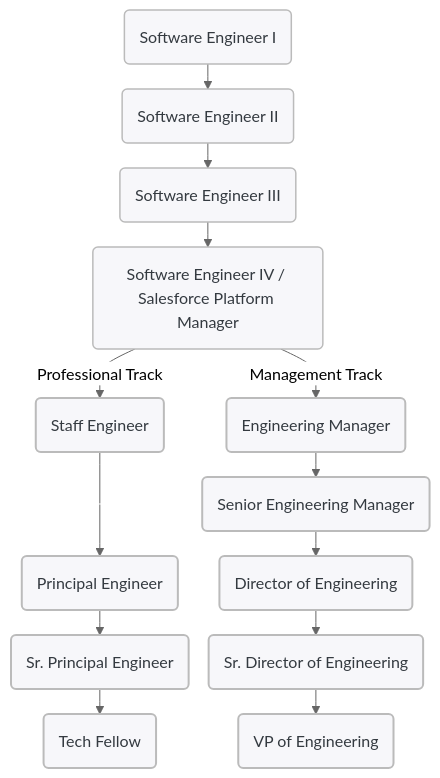
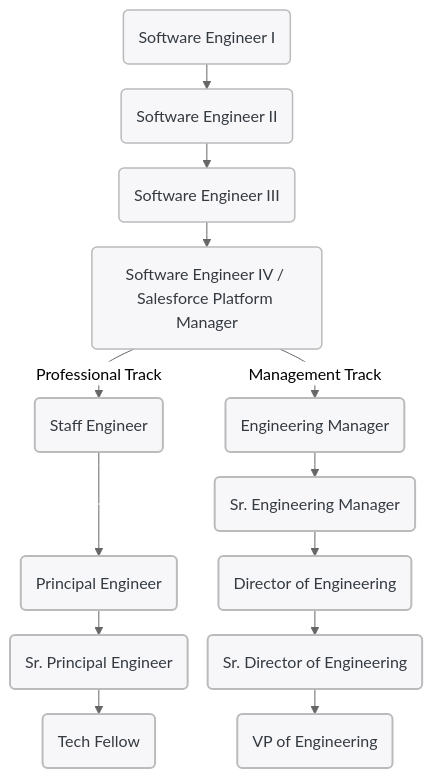
One commit to invitation-homes/career-progression-framework changed the diagram in index.md. Above: the diagram before and after it, drawn with Mermaid. The commit also changed 2 other files, not shown here.

Commit message:
docs: Use "Sr. Engineering Manager" everywhere
Match the JD title and the other senior roles (Sr. Principal Engineer, Sr. Director of Engineering) in the progression page, sidebar, and career ladder diagram.

```diff
--- a/index.md
+++ b/index.md
@@ -23,71 +23,71 @@
 <div class="mermaid" style="text-align: center;">
 ---
 config:
   theme: neutral
   flowchart:
     curve: monotoneY
     nodeSpacing: 20
     rankSpacing: 25
   layout: fixed
 ---
 flowchart TD
     SE1["Software Engineer I"] --> SE2["Software Engineer II"]
     SE2 --> SE3["Software Engineer III"]
     SE3 --> SE4["Software Engineer IV / Salesforce Platform Manager"]
     SE4 -- Professional Track --> Staff["Staff Engineer"]
     SE4 -- Management Track --> EM["Engineering Manager"]
     Staff --- Dummy[ ]
     Dummy --> Principal["Principal Engineer"]
     Principal --> SrPrincipal["Sr. Principal Engineer"]
     SrPrincipal --> TF["Tech Fellow"]
-    EM --> SEM["Senior Engineering Manager"]
+    EM --> SEM["Sr. Engineering Manager"]
     SEM --> ED["Director of Engineering"]
     ED --> SED["Sr. Director of Engineering"]
     SED --> VP["VP of Engineering"]
     SE1@{ shape: rounded}
     SE2@{ shape: rounded}
     SE3@{ shape: rounded}
     SE4@{ shape: rounded}
     Staff@{ shape: rounded}
     EM@{ shape: rounded}
     SEM@{ shape: rounded}
     Principal@{ shape: rounded}
     SrPrincipal@{ shape: rounded}
     TF@{ shape: rounded}
     ED@{ shape: rounded}
     SED@{ shape: rounded}
     VP@{ shape: rounded}
      SE1:::normNode
      SE2:::normNode
      SE3:::normNode
      SE4:::normNode
      Staff:::eng
      EM:::mgr
      SEM:::mgr
      Principal:::eng
      SrPrincipal:::exec
      TF:::exec
      ED:::mgr
      SED:::exec
      VP:::exec
      Dummy:::dummy
     classDef eng fill:#f7f7fa,stroke:#bbb,stroke-width:2px,color:#343a40
     classDef mgr fill:#f7f7fa,stroke:#bbb,stroke-width:2px,color:#343a40
     classDef exec fill:#f7f7fa,stroke:#bbb,stroke-width:2px,color:#343a40
     classDef normNode fill:#f7f7fa,stroke:#bbb,stroke-width:1.5px,color:#343a40
     classDef dummy style X width:1px,height:1px,fill:transparent,stroke:transparent 
     click SE1 "./software-engineer-i" _blank
     click SE2 "./software-engineer-ii" _blank
     click SE3 "./software-engineer-iii" _blank
     click SE4 "./software-engineer-iv" _blank
     click Staff "./staff-engineer" _blank
     click Principal "./principal-engineer" _blank
     click SrPrincipal "./sr-principal-engineer" _blank
     click TF "./tech-fellow" _blank
     click EM "./engineering-manager" _blank
     click SEM "./sr-engineering-manager" _blank
     click ED "./director-of-engineering" _blank
     click SED "./sr-director-of-engineering" _blank
     click VP "./vp-of-engineering" _blank
 
 </div>
```
